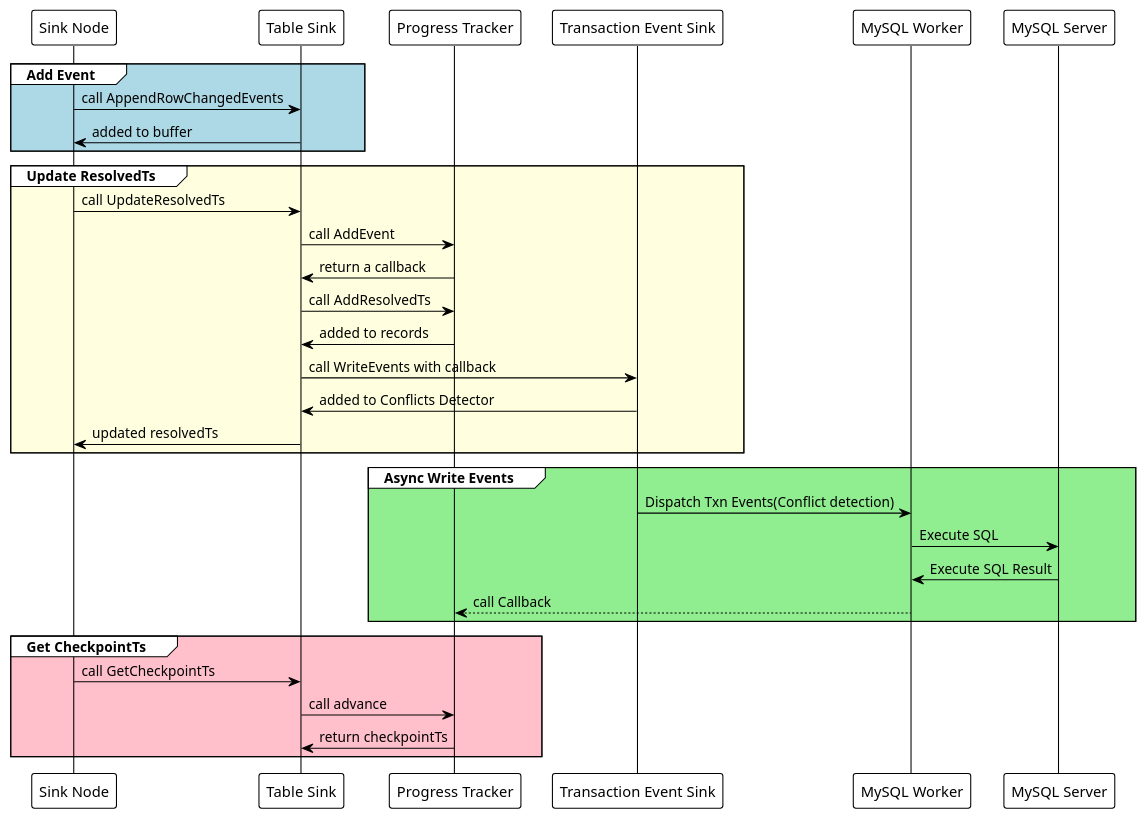
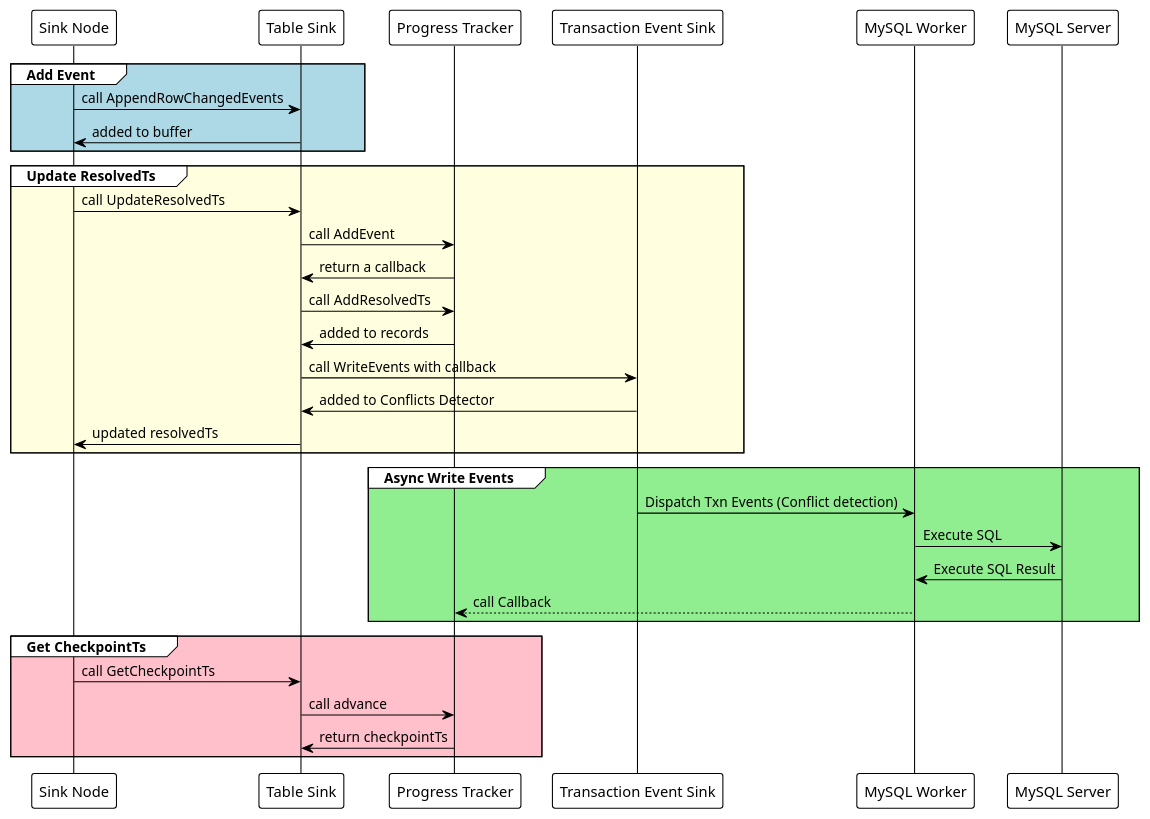
One commit to 0xPoe/talks changed the tenth of 14 diagrams in ticdc-new-sink.slide/slides.md. Above: the diagram before and after it, drawn with PlantUML. The commit also changed other lines of this file, not shown here.

````diff
--- a/ticdc-new-sink.slide/slides.md
+++ b/ticdc-new-sink.slide/slides.md
@@ -750,39 +750,39 @@
 ```plantuml {scale: 0.9}
 @startuml
 !theme plain
 participant SN as "Sink Node"
 participant TS as "Table Sink"
 participant PT as "Progress Tracker"
 participant TXNS as "Transaction Event Sink"
 participant MW as "MySQL Worker"
 participant M as "MySQL Server"
 
 group #lightblue Add Event
 SN -> TS: call AppendRowChangedEvents
 SN <- TS: added to buffer
 end
 
 group #lightyellow Update ResolvedTs
 SN -> TS: call UpdateResolvedTs
 TS -> PT: call AddEvent
 TS <- PT: return a callback
 TS -> PT: call AddResolvedTs
 TS <- PT: added to records
 TS -> TXNS: call WriteEvents with callback
 TS <- TXNS: added to Conflicts Detector
 SN <- TS: updated resolvedTs
 end
 group #lightgreen Async Write Events
-TXNS -> MW: Dispatch Txn Events(Conflict detection)
+TXNS -> MW: Dispatch Txn Events (Conflict detection)
 MW -> M: Execute SQL
 M -> MW: Execute SQL Result
 MW --> PT: call Callback
 end
 
 group #pink Get CheckpointTs
 SN -> TS: call GetCheckpointTs
 TS -> PT: call advance
 TS <- PT: return checkpointTs
 end
 @enduml
 ```
````
